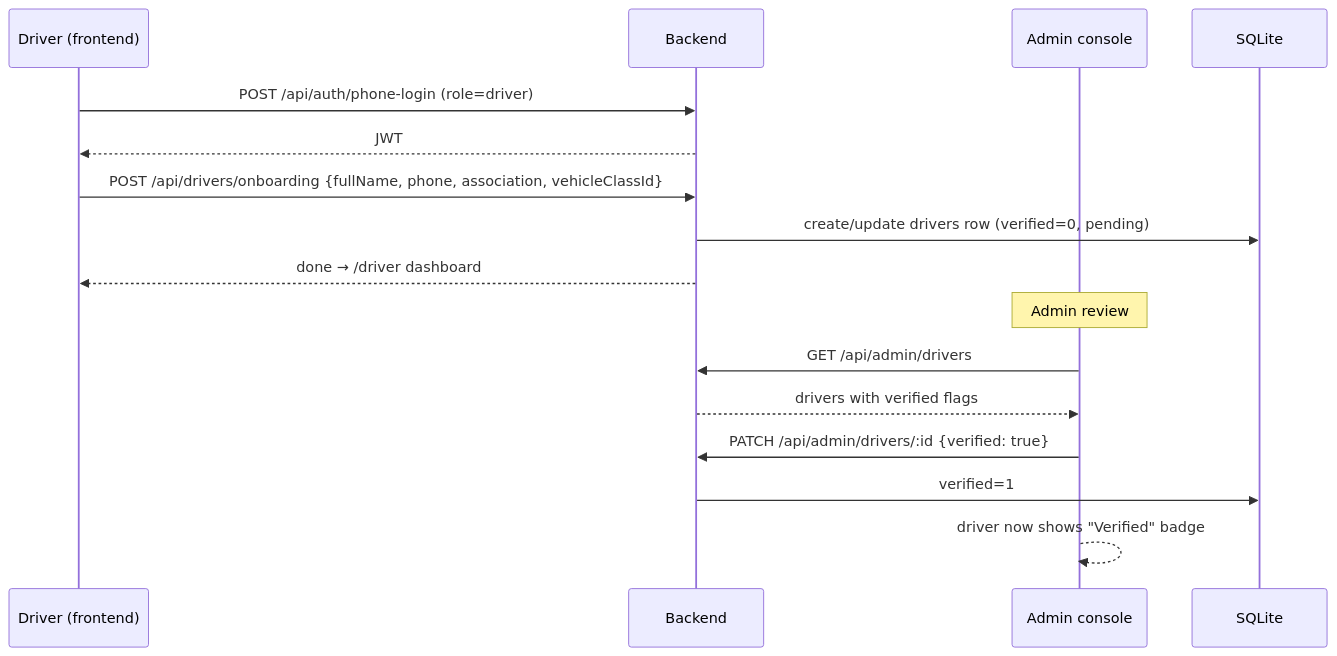
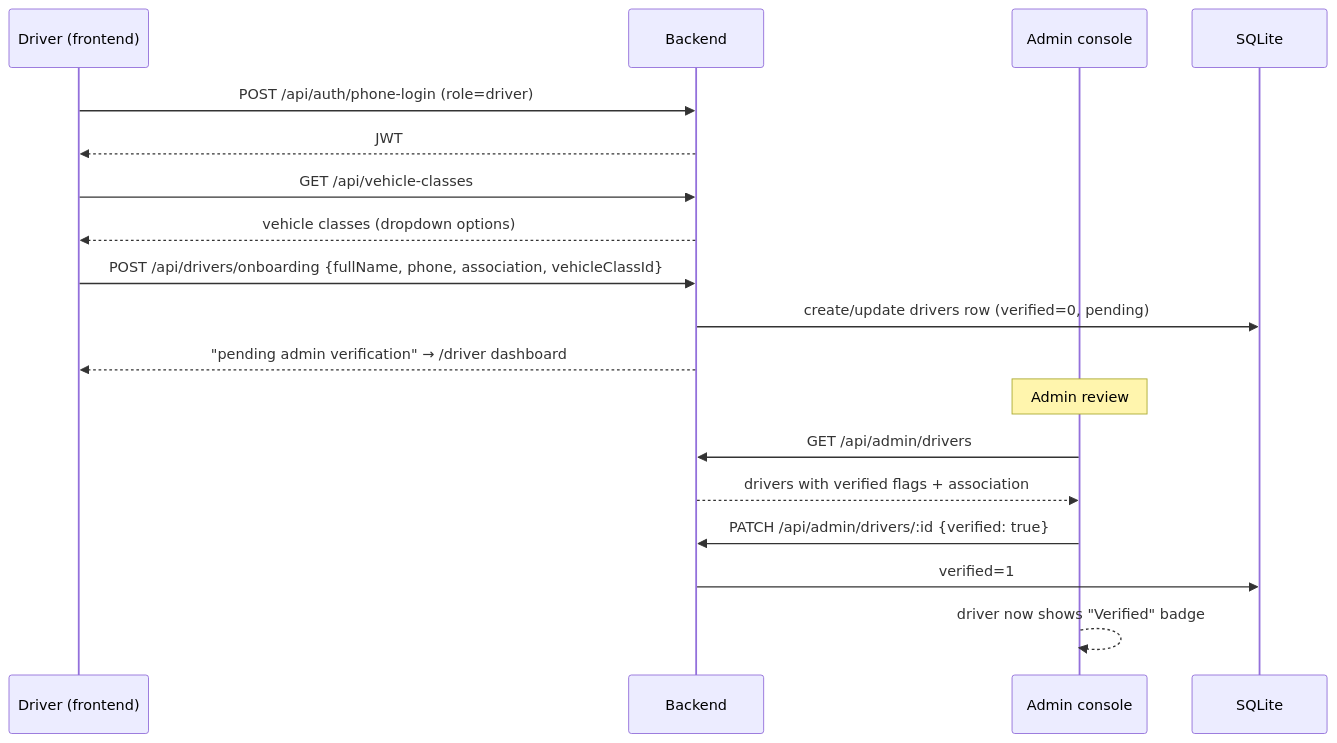
Before and after one commit to IVYIMOH/My_rider: the ninth of 10 diagrams in docs/ARCHITECTURE.md, drawn with Mermaid. The commit also changed other lines of this file and 4 other files, not shown here.

Commit message:
docs: update architecture and per-system docs to current state

````diff
--- a/docs/ARCHITECTURE.md
+++ b/docs/ARCHITECTURE.md
@@ -278,20 +279,22 @@
 ```mermaid
 sequenceDiagram
     participant D as Driver (frontend)
     participant API as Backend
     participant AD as Admin console
     participant DB as SQLite
 
     D->>API: POST /api/auth/phone-login (role=driver)
     API-->>D: JWT
+    D->>API: GET /api/vehicle-classes
+    API-->>D: vehicle classes (dropdown options)
     D->>API: POST /api/drivers/onboarding {fullName, phone, association, vehicleClassId}
     API->>DB: create/update drivers row (verified=0, pending)
-    API-->>D: done → /driver dashboard
+    API-->>D: "pending admin verification" → /driver dashboard
 
     Note over AD: Admin review
     AD->>API: GET /api/admin/drivers
-    API-->>AD: drivers with verified flags
+    API-->>AD: drivers with verified flags + association
     AD->>API: PATCH /api/admin/drivers/:id {verified: true}
     API->>DB: verified=1
     AD-->>AD: driver now shows "Verified" badge
 ```
````
